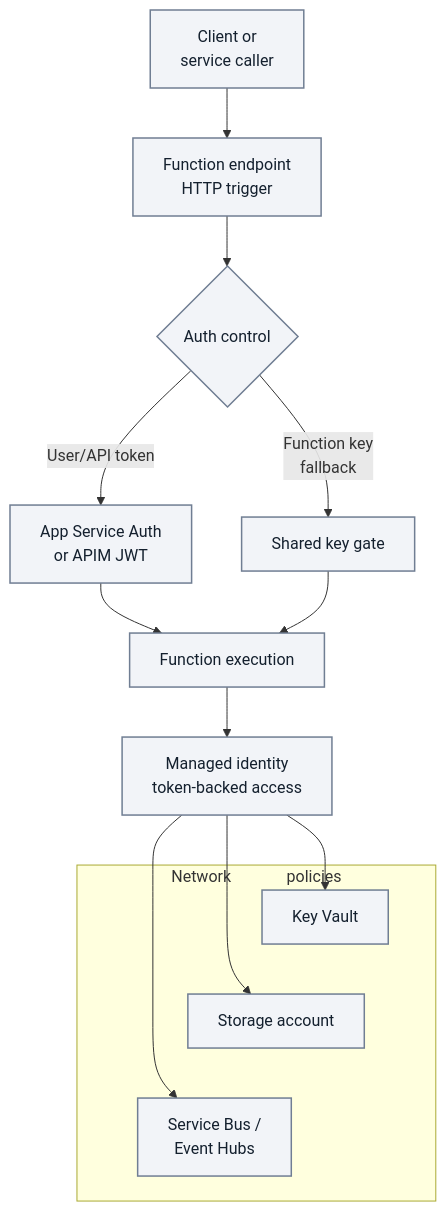
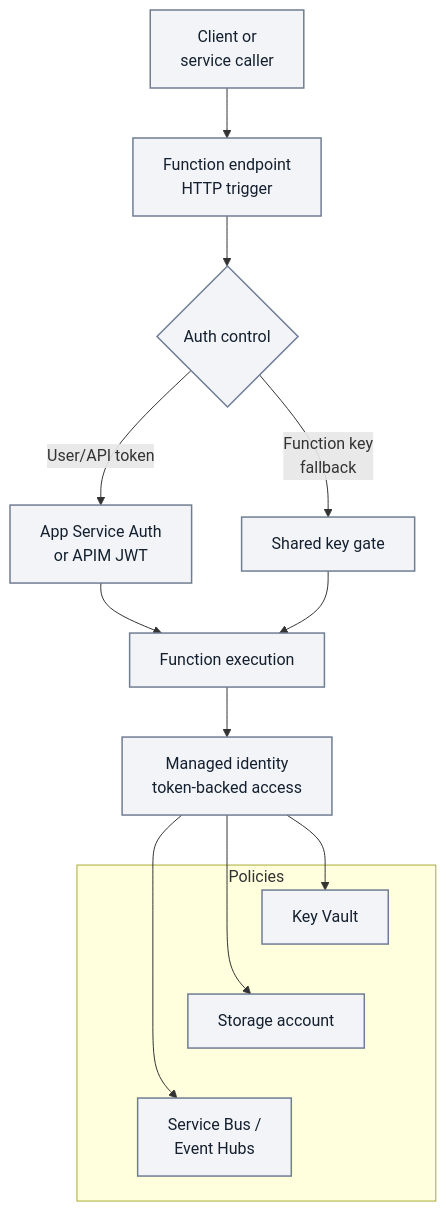
The second of 2 diagrams in docs/best-practices/security.md (yeongseon/azure-functions-practical-guide), drawn with Mermaid before and after one commit. The commit also changed other lines of this file, not shown here.

First line of the commit message:
docs(diagrams): qualify boundary authentication and reading key

````diff
--- a/docs/best-practices/security.md
+++ b/docs/best-practices/security.md
@@ -339,25 +339,25 @@
 ```mermaid
 flowchart TD
-    accTitle: HTTP security controls and dependency identity
-    accDescr: Conceptual relationship map, not a network route or token protocol. Token and shared-key controls lead to function execution; managed identity supports access to Key Vault, Storage, Service Bus and Event Hubs. The dependency group denotes policy scope, not VNet containment.
+    accTitle: Alternative HTTP security controls and dependency policies
+    accDescr: Conceptual relationship map, not a network route or token protocol. Token and shared-key controls lead to function execution; managed identity supports access to Key Vault, Storage, Service Bus and Event Hubs. The Policies dependency group denotes network policy scope, not VNet containment. The token and key branches illustrate alternative configurations, not automatic fallback; a function key does not bypass required Easy Auth or gateway token validation.
     Caller["Client or<br/>service caller"] --> Ingress["Function endpoint<br/>HTTP trigger"]
     Ingress --> Auth{Auth control}
     Auth -->|"User/API token"| AppAuth["App Service Auth<br/>or APIM JWT"]
     Auth -->|"Function key<br/>fallback"| KeyGate["Shared key gate"]
     AppAuth --> Code[Function execution]
     KeyGate --> Code
     Code --> MI["Managed identity<br/>token-backed access"]
     MI --> KV[Key Vault]
     MI --> ST[Storage account]
     MI --> SB["Service Bus /<br/>Event Hubs"]
-    subgraph NetworkBoundary["Network &nbsp;&nbsp;&nbsp;&nbsp;&nbsp;&nbsp;&nbsp;&nbsp;&nbsp;&nbsp;&nbsp;&nbsp; policies"]
+    subgraph NetworkBoundary["Policies"]
         KV
         ST
         SB
     end
     %% Layout-only links tier the dependency list; no extra steps or semantic arrows.
     KV ~~~ ST
     ST ~~~ SB
     classDef baseNeutral fill:#f2f4f8,stroke:#707e93,stroke-width:1.5px,color:#14202e;
     class Caller,Ingress,Auth,AppAuth,KeyGate,Code,MI,KV,ST,SB baseNeutral;
 ```
````
